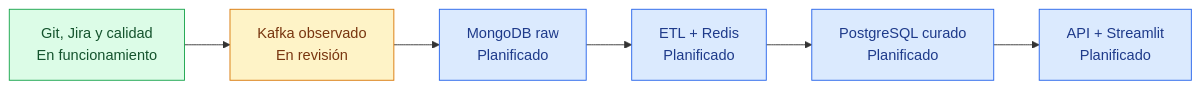
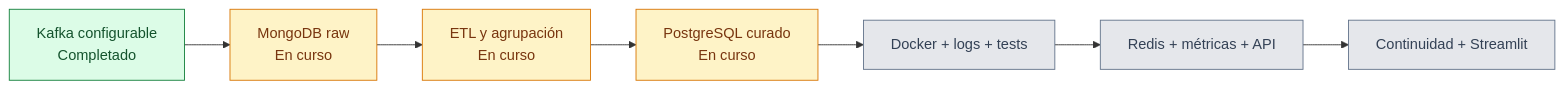
The second of 2 diagrams in README.md (Bootcamp-IA-MAD-P7/Proyecto-DataEngineer-Grupo1), drawn with Mermaid before and after one commit. The commit also changed other lines of this file and 26 other files, not shown here.

````diff
--- a/README.md
+++ b/README.md
@@ -53,15 +152,16 @@
 ```mermaid
 flowchart LR
-    A[Git, Jira y calidad\nEn funcionamiento] --> B[Kafka observado\nEn revisión]
-    B --> C[MongoDB raw\nPlanificado]
-    C --> D[ETL + Redis\nPlanificado]
-    D --> E[PostgreSQL curado\nPlanificado]
-    E --> F[API + Streamlit\nPlanificado]
+    E1[Kafka configurable<br/>Completado] --> E2[MongoDB raw<br/>En curso]
+    E2 --> E3[ETL y agrupación<br/>En curso]
+    E3 --> E4[PostgreSQL curado<br/>En curso]
+    E4 --> M[Docker + logs + tests]
+    M --> A[Redis + métricas + API]
+    A --> X[Continuidad + Streamlit]
 
-    classDef done fill:#DCFCE7,stroke:#16A34A,color:#14532D;
+    classDef done fill:#DCFCE7,stroke:#15803D,color:#14532D;
     classDef active fill:#FEF3C7,stroke:#D97706,color:#78350F;
-    classDef planned fill:#DBEAFE,stroke:#2563EB,color:#1E3A8A;
-    class A done;
-    class B active;
-    class C,D,E,F planned;
+    classDef planned fill:#E5E7EB,stroke:#64748B,color:#334155;
+    class E1 done;
+    class E2,E3,E4 active;
+    class M,A,X planned;
 ```
````
